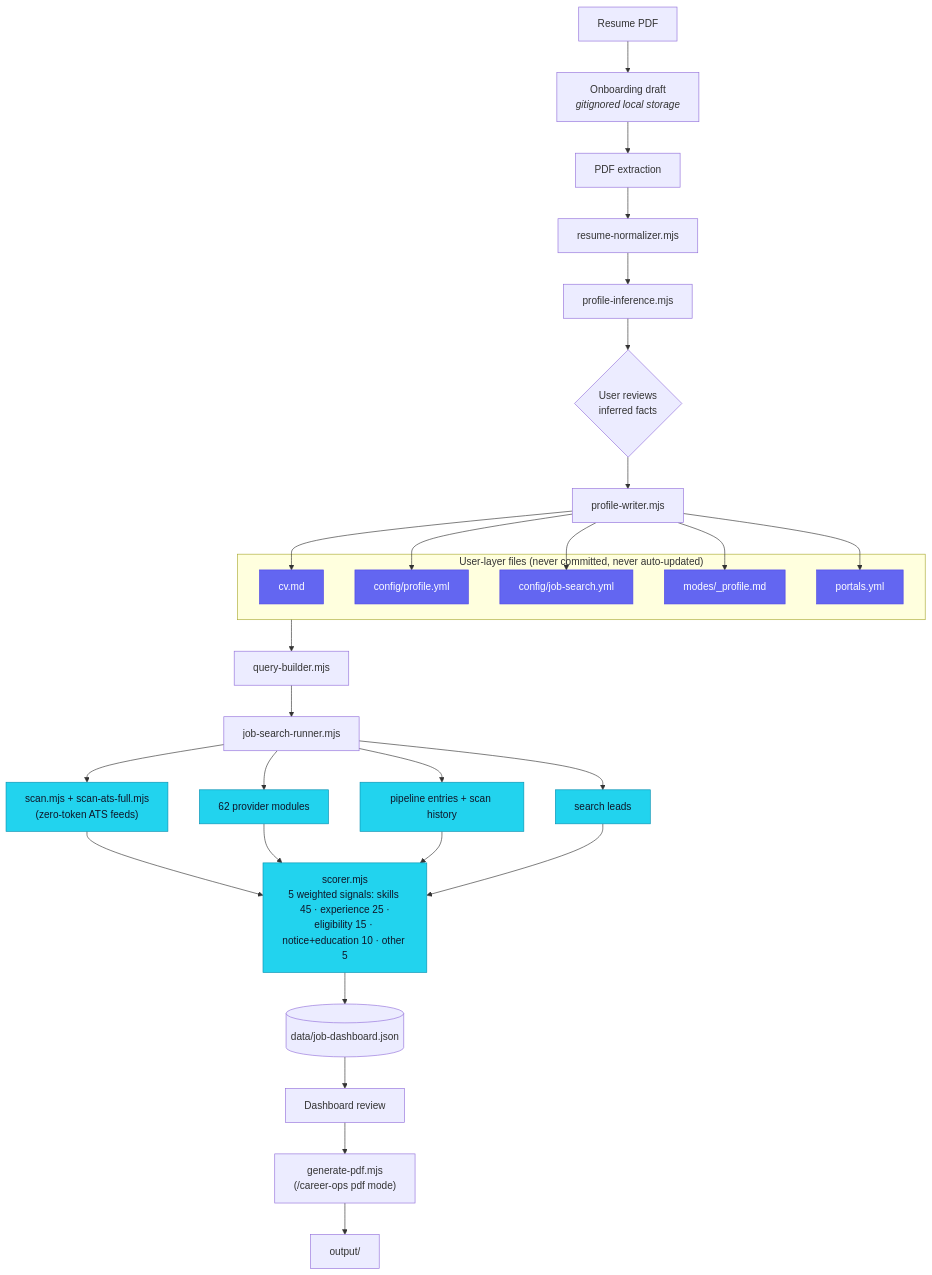
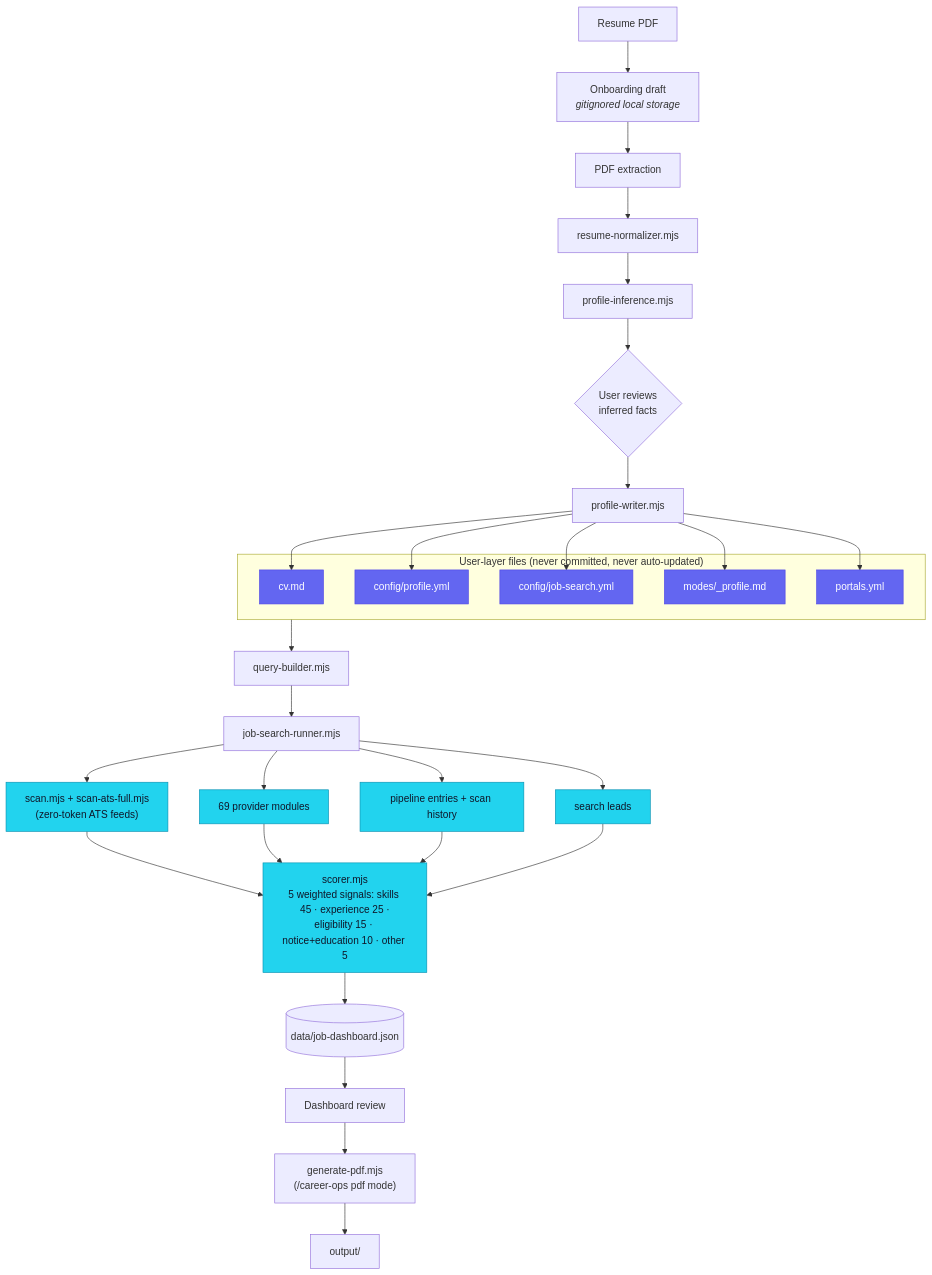
The diagram in README.md (darkpandawarrior/career-ops), drawn with Mermaid before and after one commit. The commit also changed other lines of this file and 1 other file, not shown here.

First line of the commit message:
docs(readme): refresh version badge, provider count, and version history for 1.22.0

````diff
--- a/README.md
+++ b/README.md
@@ -219,46 +219,46 @@
 ```mermaid
 flowchart TD
     A[Resume PDF] --> B[Onboarding draft<br/><i>gitignored local storage</i>]
     B --> C[PDF extraction]
     C --> D[resume-normalizer.mjs]
     D --> E[profile-inference.mjs]
     E --> F{User reviews<br/>inferred facts}
     F --> G[profile-writer.mjs]
 
     G --> H1[cv.md]
     G --> H2[config/profile.yml]
     G --> H3[config/job-search.yml]
     G --> H4[modes/_profile.md]
     G --> H5[portals.yml]
 
     subgraph UL["User-layer files (never committed, never auto-updated)"]
         H1
         H2
         H3
         H4
         H5
     end
 
     UL --> I[query-builder.mjs]
     I --> J[job-search-runner.mjs]
 
     J --> K1["scan.mjs + scan-ats-full.mjs<br/>(zero-token ATS feeds)"]
-    J --> K2["62 provider modules"]
+    J --> K2["69 provider modules"]
     J --> K3["pipeline entries + scan history"]
     J --> K4["search leads"]
 
     K1 --> L["scorer.mjs<br/>5 weighted signals: skills 45 · experience 25 ·<br/>eligibility 15 · notice+education 10 · other 5"]
     K2 --> L
     K3 --> L
     K4 --> L
 
     L --> M[(data/job-dashboard.json)]
     M --> N[Dashboard review]
     N --> O["generate-pdf.mjs<br/>(/career-ops pdf mode)"]
     O --> P[output/]
 
     classDef userLayer fill:#6366f1,stroke:#4f46e5,color:#fff
     classDef engine fill:#22d3ee,stroke:#0891b2,color:#0f172a
     class H1,H2,H3,H4,H5 userLayer
     class K1,K2,K3,K4,L engine
 ```
````
